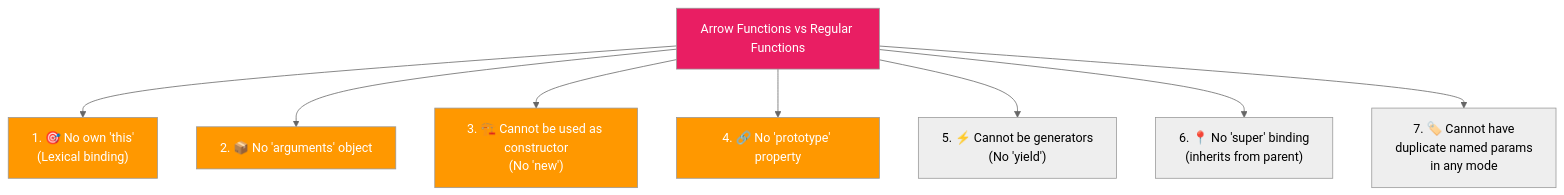
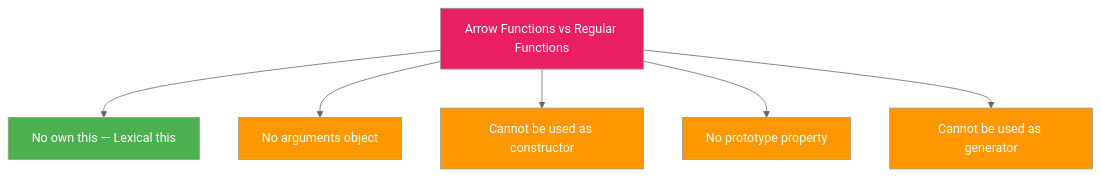
The sixth of 30 diagrams in Javascript/Chapter5_Functions.md (Kshitijgul/Notes), drawn with Mermaid (neutral theme) before and after one commit. The commit also changed other lines of this file and 1 other file, not shown here.

````diff
--- a/Javascript/Chapter5_Functions.md
+++ b/Javascript/Chapter5_Functions.md
@@ -1106,16 +452,15 @@
 ```mermaid
 flowchart TD
-    A["Arrow Functions vs Regular Functions"] --> B["1. 🎯 No own 'this'<br>(Lexical binding)"]
-    A --> C["2. 📦 No 'arguments' object"]
-    A --> D["3. 🏗️ Cannot be used as constructor<br>(No 'new')"]
-    A --> E["4. 🔗 No 'prototype' property"]
-    A --> F["5. ⚡ Cannot be generators<br>(No 'yield')"]
-    A --> G["6. 📍 No 'super' binding<br>(inherits from parent)"]
-    A --> H["7. 🏷️ Cannot have<br>duplicate named params<br>in any mode"]
-    
+    A["Arrow Functions vs Regular Functions"] --> B["No own this — Lexical this"]
+    A --> C["No arguments object"]
+    A --> D["Cannot be used as constructor"]
+    A --> E["No prototype property"]
+    A --> F["Cannot be used as generator"]
+
     style A fill:#E91E63,color:white
-    style B fill:#FF9800,color:white
+    style B fill:#4CAF50,color:white
     style C fill:#FF9800,color:white
     style D fill:#FF9800,color:white
     style E fill:#FF9800,color:white
+    style F fill:#FF9800,color:white
 ```
````
